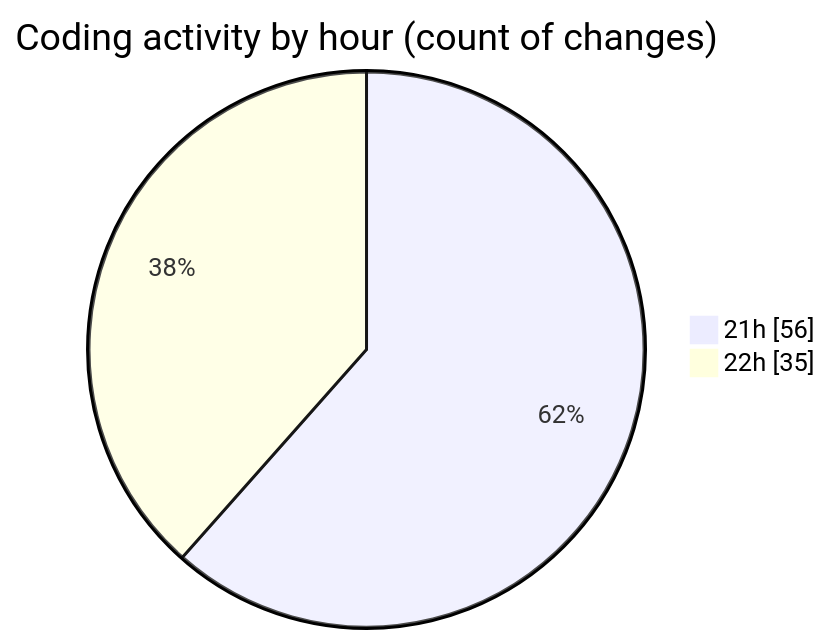
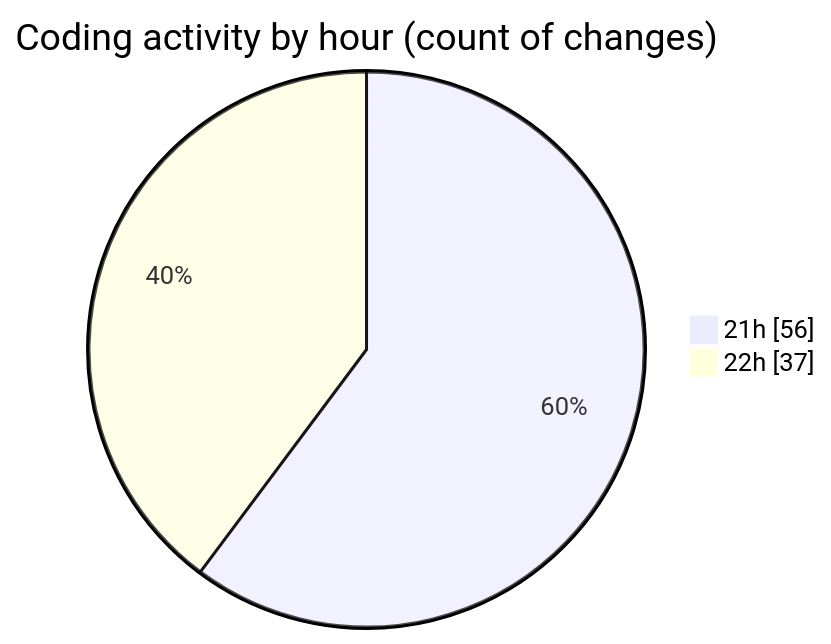
One commit to Netris89/code-tracking changed the second of 2 diagrams in 2025-03-26/echo/README.md. Above: the diagram before and after it, drawn with Mermaid. The commit also changed other lines of this file and 1 other file, not shown here.

````diff
--- a/2025-03-26/echo/README.md
+++ b/2025-03-26/echo/README.md
@@ -34,6 +34,6 @@
 ```mermaid
 pie showData
 title Coding activity by hour (count of changes)
 "21h" : 56
-"22h" : 35
+"22h" : 37
 ```
````
